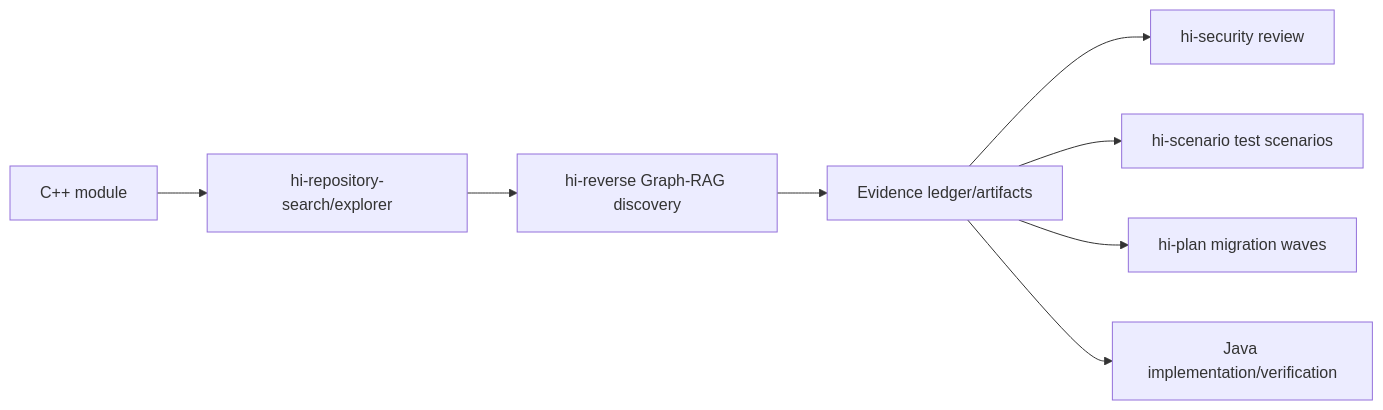
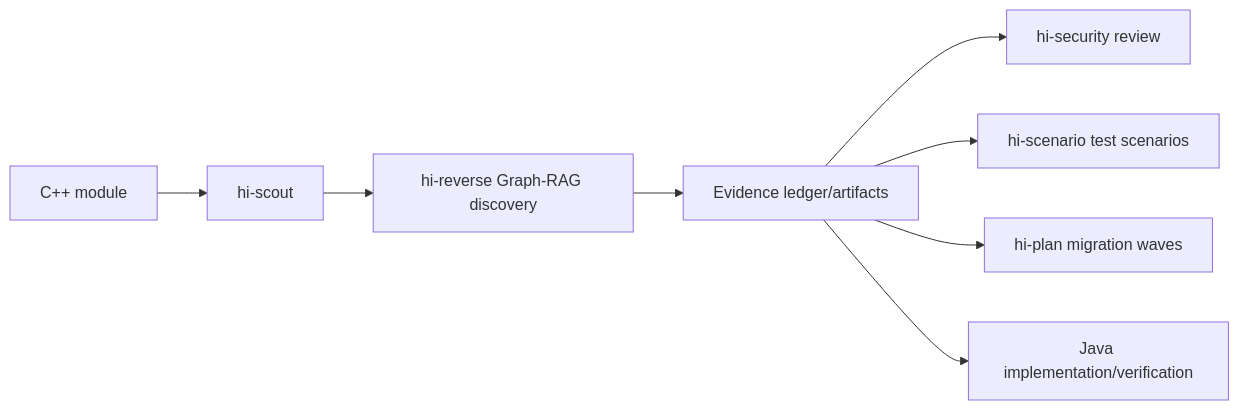
Before and after one commit to baka3k/dev-kit: the third of 3 diagrams in wiki/en/hi-reverse-skill.md, drawn with Mermaid. The commit also changed 62 other files, not shown here.

First line of the commit message:
refactor: replace hi-codebase-research-explorer with hi-scout across documentation and workflows

````diff
--- a/wiki/en/hi-reverse-skill.md
+++ b/wiki/en/hi-reverse-skill.md
@@ -508,10 +508,10 @@
 ```mermaid
 flowchart LR
-    A[C++ module] --> B[hi-repository-search/explorer]
+    A[C++ module] --> B[hi-scout]
     B --> C[hi-reverse Graph-RAG discovery]
     C --> D[Evidence ledger/artifacts]
     D --> E[hi-security review]
     D --> F[hi-scenario test scenarios]
     D --> G[hi-plan migration waves]
     D --> H[Java implementation/verification]
 ```
````
